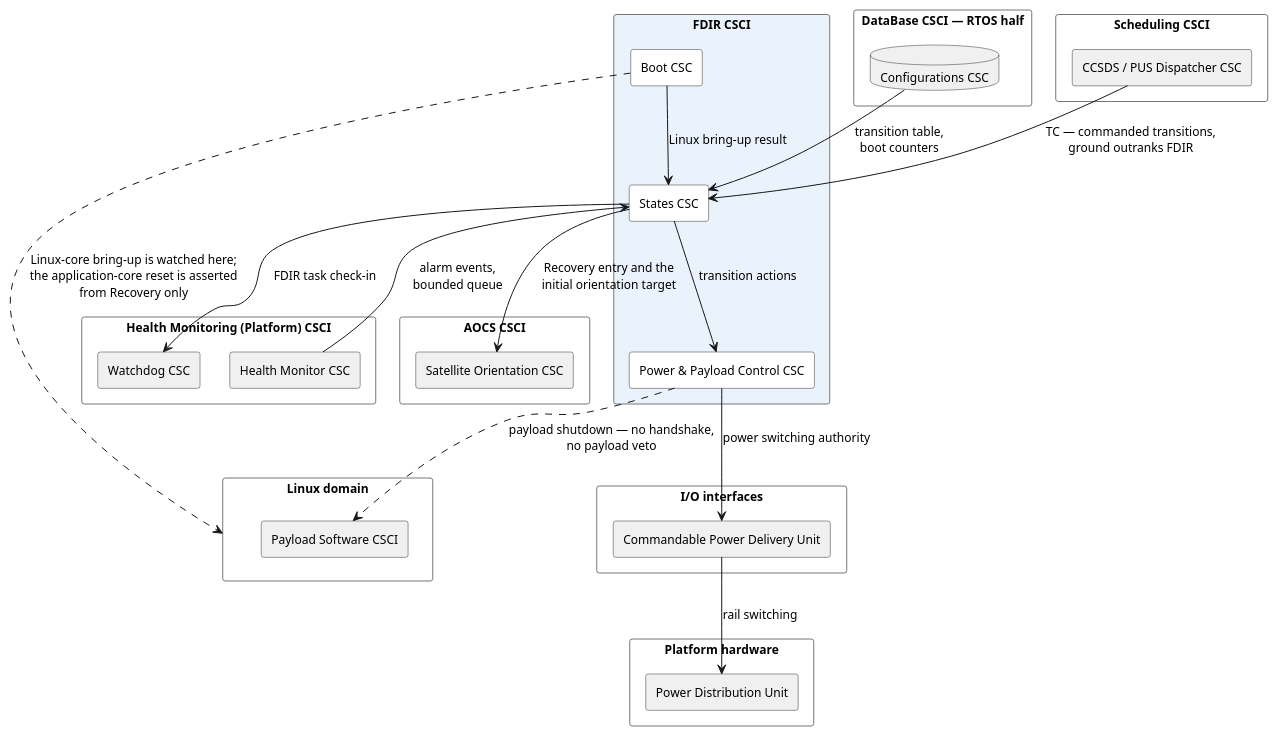
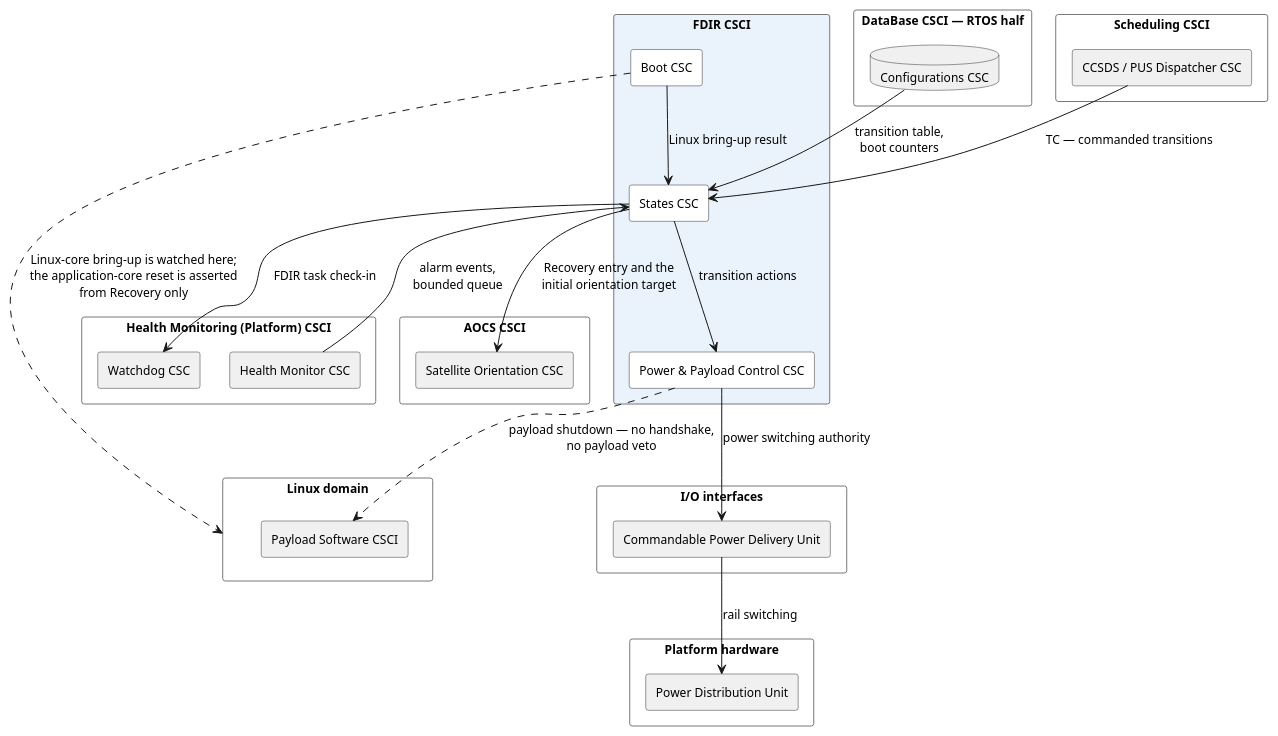
The diagram in docs/puml/obc-csci-fdir.puml (seapit/urban-memory), drawn with PlantUML before and after one commit. The commit also changed 2 other files, not shown here.

Commit message:
Shorten diagram edge labels

```diff
--- a/docs/puml/obc-csci-fdir.puml
+++ b/docs/puml/obc-csci-fdir.puml
@@ -1,73 +1,73 @@
 @startuml
 ' FDIR CSCI — the CSCI in full, with every relation that crosses its boundary.
 ' Everything drawn in grey is context: it is shown only far enough to say what
 ' this CSCI talks to. The whole picture is in obc-csci-full.puml.
 ' GENERATED from obc-csci-full.puml — edit that file, then re-run split.py.
 
 skinparam componentStyle rectangle
 skinparam packageStyle rectangle
 skinparam shadowing false
 skinparam nodesep 30
 skinparam ranksep 58
 skinparam defaultFontSize 12
 skinparam wrapWidth 240
 skinparam package {
   BackgroundColor #FFFFFF
   BorderColor #777777
 }
 skinparam component {
   BackgroundColor #FFFFFF
   BorderColor #333333
 }
 skinparam database {
   BackgroundColor #FFFFFF
   BorderColor #333333
 }
 
 ' ---------------------------------------------- the CSCI under view
 package "FDIR CSCI" as FDIR #EAF2FB {
   component "Boot CSC" as BOOT
   component "States CSC" as STATES
   component "Power & Payload Control CSC" as PPC
 }
 
 ' ---------------------------------------------- context only
 package "DataBase CSCI — RTOS half" as DBRT {
   database "Configurations CSC" as CFG #F0F0F0
 }
 package "Scheduling CSCI" as SCHED {
   component "CCSDS / PUS Dispatcher CSC" as CCSDS #F0F0F0
 }
 package "Health Monitoring (Platform) CSCI" as HM {
   component "Health Monitor CSC" as HMON #F0F0F0
   component "Watchdog CSC" as WD #F0F0F0
 }
 package "I/O interfaces" as IFACE {
   component "Commandable Power Delivery Unit" as PDUIF #F0F0F0
 }
 package "AOCS CSCI" as AOCS {
   component "Satellite Orientation CSC" as SATORIENT #F0F0F0
 }
 package "Linux domain" as LINDOM {
   component "Payload Software CSCI" as PAY #F0F0F0
 }
 package "Platform hardware" as PHW {
   component "Power Distribution Unit" as PDUHW #F0F0F0
 }
 
 ' ---------------------------------------------- inside the CSCI
 BOOT --> STATES : Linux bring-up result
 STATES --> PPC : transition actions
 
 ' ---------------------------------------------- across its boundary
 CFG --> STATES : transition table,\nboot counters
-CCSDS --> STATES : TC — commanded transitions,\nground outranks FDIR
+CCSDS --> STATES : TC — commanded transitions
 HMON --> STATES : alarm events,\nbounded queue
 STATES --> WD : FDIR task check-in
 PPC --> PDUIF : power switching authority
 STATES --> SATORIENT : Recovery entry and the\ninitial orientation target
 PPC ..> PAY : payload shutdown — no handshake,\nno payload veto
 BOOT ..> LINDOM : Linux-core bring-up is watched here;\nthe application-core reset is asserted\nfrom Recovery only
 PDUIF --> PDUHW : rail switching
 
 @enduml
```
